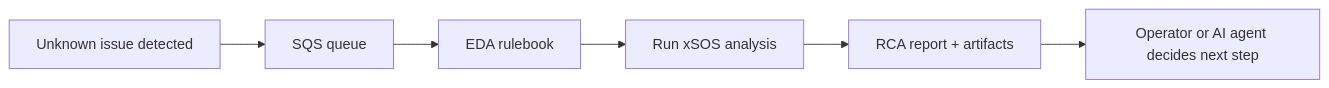
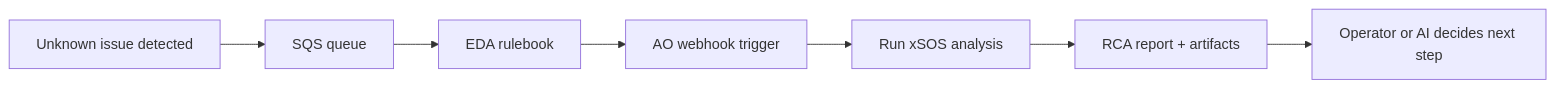
Before and after one commit to abwalczyk/aap-orchestrator-demos: the diagram in event-driven-xsos-rca/README.md, drawn with Mermaid. The commit also changed other lines of this file and 6 other files, not shown here.

First line of the commit message:
Route xSOS EDA rulebook to automation orchestrator webhook.

````diff
--- a/event-driven-xsos-rca/README.md
+++ b/event-driven-xsos-rca/README.md
@@ -21,8 +22,9 @@
 ```mermaid
 flowchart LR
   A[Unknown issue detected] --> B[SQS queue]
   B --> C[EDA rulebook]
-  C --> D[Run xSOS analysis]
-  D --> E[RCA report + artifacts]
-  E --> F[Operator or AI agent decides next step]
+  C --> D[AO webhook trigger]
+  D --> E[Run xSOS analysis]
+  E --> F[RCA report + artifacts]
+  F --> G[Operator or AI decides next step]
 ```
````
